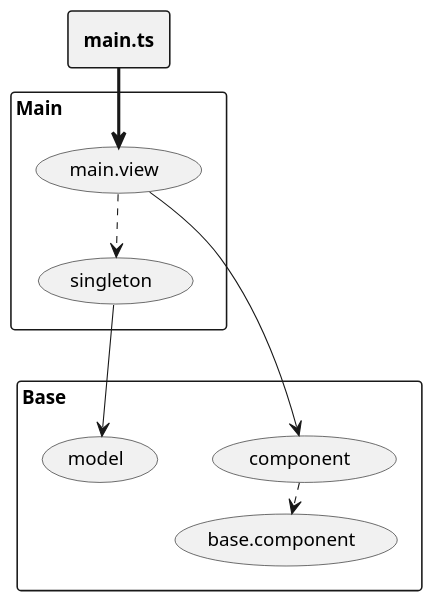
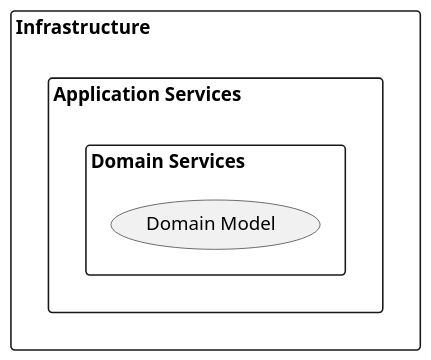
The diagram in src/asciidoc/resources/diagram/_Sample.puml (marzelwidmer/kboot-template), drawn with PlantUML before and after one commit. The commit also changed 4 other files, not shown here.

```diff
--- a/src/asciidoc/resources/diagram/_Sample.puml
+++ b/src/asciidoc/resources/diagram/_Sample.puml
@@ -1,29 +1,50 @@
 @startuml
 
 skinparam monochrome true
 skinparam ranksep 20
 skinparam dpi 150
 skinparam arrowThickness 0.7
 skinparam packageTitleAlignment left
 skinparam usecaseBorderThickness 0.4
 skinparam defaultFontSize 12
 skinparam rectangleBorderThickness 1
+'
+'rectangle "Infrastructure" {
+'	(webapi.index)
+'	(Controllers)
+'}
+'rectangle "Application" {
+'	(model)
+'}
+'rectangle "<b>client</b>" as client
+'
+'
+'
+'rectangle "Main" {
+'  (main.view)
+'  (singleton)
+'}
+'rectangle "Base" {
+'  (base.component)
+'  (component)
+'  (model)
+'}
+'client ==> (Infrastructure)
+'(Infrastructure) ..> (Application)
+'(Application) ..> (Model)
+'(UI) ..> (Controllers)
+'(Controllers) ..> (Entities)
 
-rectangle "Main" {
-  (main.view)
-  (singleton)
+'(main.view) --> (component)
+'(main.view) ...> (singleton)
+'(singleton) ---> (model)
+
+rectangle "Infrastructure" {
+	rectangle "Application Services" {
+    	rectangle "Domain Services" {
+        	(Domain Model)
+        }
+    }
 }
-rectangle "Base" {
-  (base.component)
-  (component)
-  (model)
-}
-rectangle "<b>main.ts</b>" as main_ts
-
-(component) ..> (base.component)
-main_ts ==> (main.view)
-(main.view) --> (component)
-(main.view) ...> (singleton)
-(singleton) ---> (model)
 
 @enduml
```
